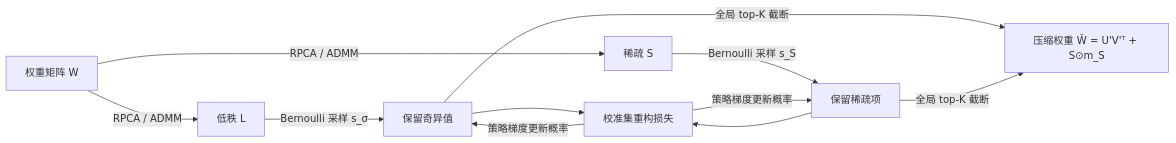
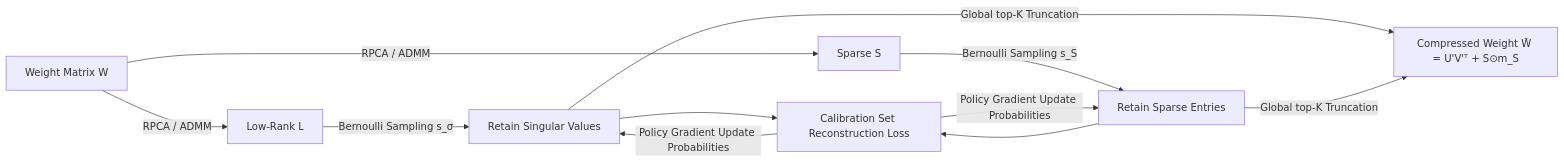
The diagram in docs/ICLR2026/model_compression/large_language_model_compression_with_global_rank_and_sparsity_optimization.md (zhaoyang97/Paper-Notes-en), drawn with Mermaid before and after one commit. The commit also changed 644 other files, not shown here.

````diff
--- a/docs/ICLR2026/model_compression/large_language_model_compression_with_global_rank_and_sparsity_optimization.md
+++ b/docs/ICLR2026/model_compression/large_language_model_compression_with_global_rank_and_sparsity_optimization.md
@@ -45,11 +45,11 @@
 ```mermaid
 flowchart LR
-    W[权重矩阵 W] -->|RPCA / ADMM| L[低秩 L]
-    W -->|RPCA / ADMM| S[稀疏 S]
-    L -->|Bernoulli 采样 s_σ| P1[保留奇异值]
-    S -->|Bernoulli 采样 s_S| P2[保留稀疏项]
-    P1 & P2 --> Loss[校准集重构损失]
-    Loss -->|策略梯度更新概率| P1
-    Loss -->|策略梯度更新概率| P2
-    P1 & P2 -->|全局 top-K 截断| Wc["压缩权重 W̃ = U'V'ᵀ + S⊙m_S"]
+    W[Weight Matrix W] -->|RPCA / ADMM| L[Low-Rank L]
+    W -->|RPCA / ADMM| S[Sparse S]
+    L -->|Bernoulli Sampling s_σ| P1[Retain Singular Values]
+    S -->|Bernoulli Sampling s_S| P2[Retain Sparse Entries]
+    P1 & P2 --> Loss[Calibration Set Reconstruction Loss]
+    Loss -->|Policy Gradient Update Probabilities| P1
+    Loss -->|Policy Gradient Update Probabilities| P2
+    P1 & P2 -->|Global top-K Truncation| Wc["Compressed Weight W̃ = U'V'ᵀ + S⊙m_S"]
 ```
````
